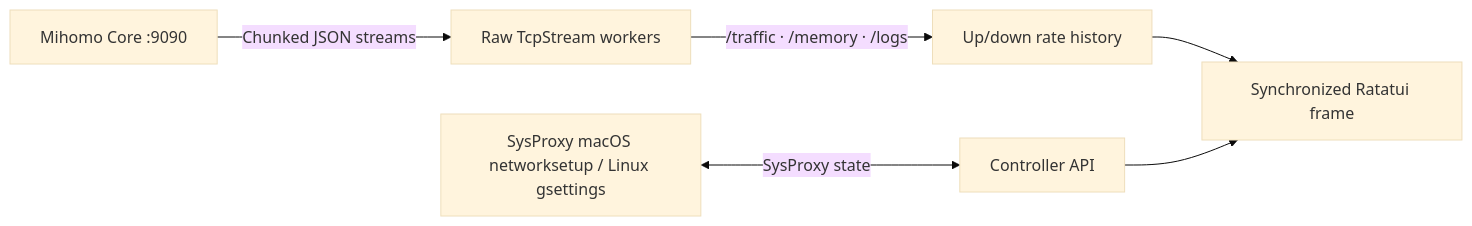
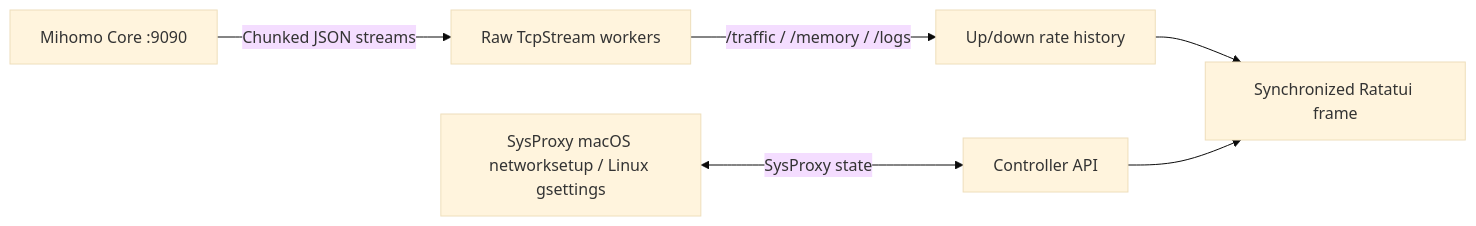
Before and after one commit to wormforce/terc: the diagram in README.en.md, drawn with Mermaid (base theme). The commit also changed other lines of this file and 6 other files, not shown here.

````diff
--- a/README.en.md
+++ b/README.en.md
@@ -160,8 +162,8 @@
 ```mermaid
 flowchart LR
     A[Mihomo Core :9090] -->|Chunked JSON streams| B[Raw TcpStream workers]
-    B -->|/traffic · /memory · /logs| C[Up/down rate history]
+    B -->|/traffic / /memory / /logs| C[Up/down rate history]
     D[SysProxy macOS networksetup / Linux gsettings] <-->|SysProxy state| E[Controller API]
     C --> F[Synchronized Ratatui frame]
     E --> F
 ```
````
